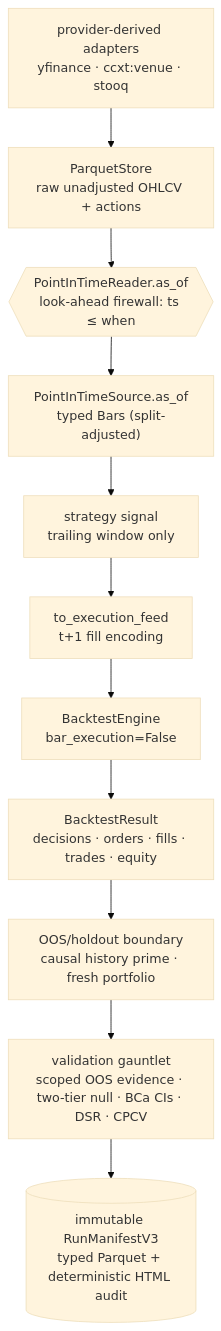
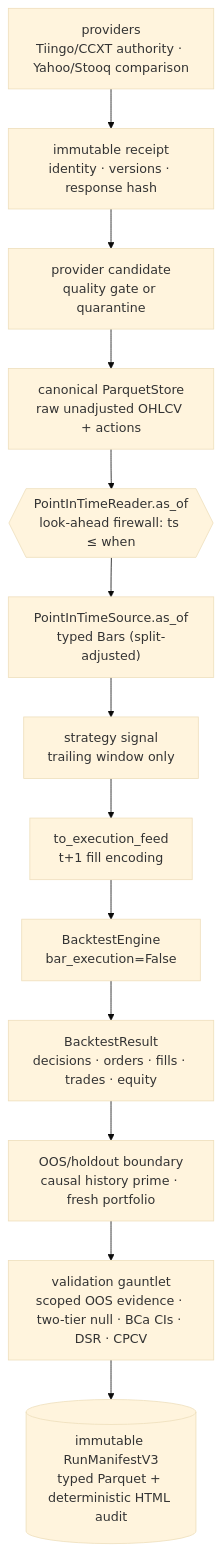
One commit to tradingsystem1880-eng/Project-ALPHA changed the second of 5 diagrams in docs/ARCHITECTURE.md. Above: the diagram before and after it, drawn with Mermaid (base theme). The commit also changed other lines of this file and 68 other files, not shown here.

````diff
--- a/docs/ARCHITECTURE.md
+++ b/docs/ARCHITECTURE.md
@@ -106,13 +106,15 @@
 ```mermaid
 flowchart TD
-    A["provider-derived adapters<br/>yfinance · ccxt:venue · stooq"] --> B["ParquetStore<br/>raw unadjusted OHLCV + actions"]
+    A["providers<br/>Tiingo/CCXT authority · Yahoo/Stooq comparison"] --> R["immutable receipt<br/>identity · versions · response hash"]
+    R --> Q["provider candidate<br/>quality gate or quarantine"]
+    Q --> B["canonical ParquetStore<br/>raw unadjusted OHLCV + actions"]
     B --> C{{"PointInTimeReader.as_of<br/>look-ahead firewall: ts ≤ when"}}
     C --> D["PointInTimeSource.as_of<br/>typed Bars (split-adjusted)"]
     D --> E["strategy signal<br/>trailing window only"]
     E --> F["to_execution_feed<br/>t+1 fill encoding"]
     F --> G["BacktestEngine<br/>bar_execution=False"]
     G --> H["BacktestResult<br/>decisions · orders · fills · trades · equity"]
     H --> PRIME["OOS/holdout boundary<br/>causal history prime · fresh portfolio"]
     PRIME --> I["validation gauntlet<br/>scoped OOS evidence · two-tier null · BCa CIs · DSR · CPCV"]
     I --> J[("immutable RunManifestV3<br/>typed Parquet + deterministic HTML audit")]
 ```
````
